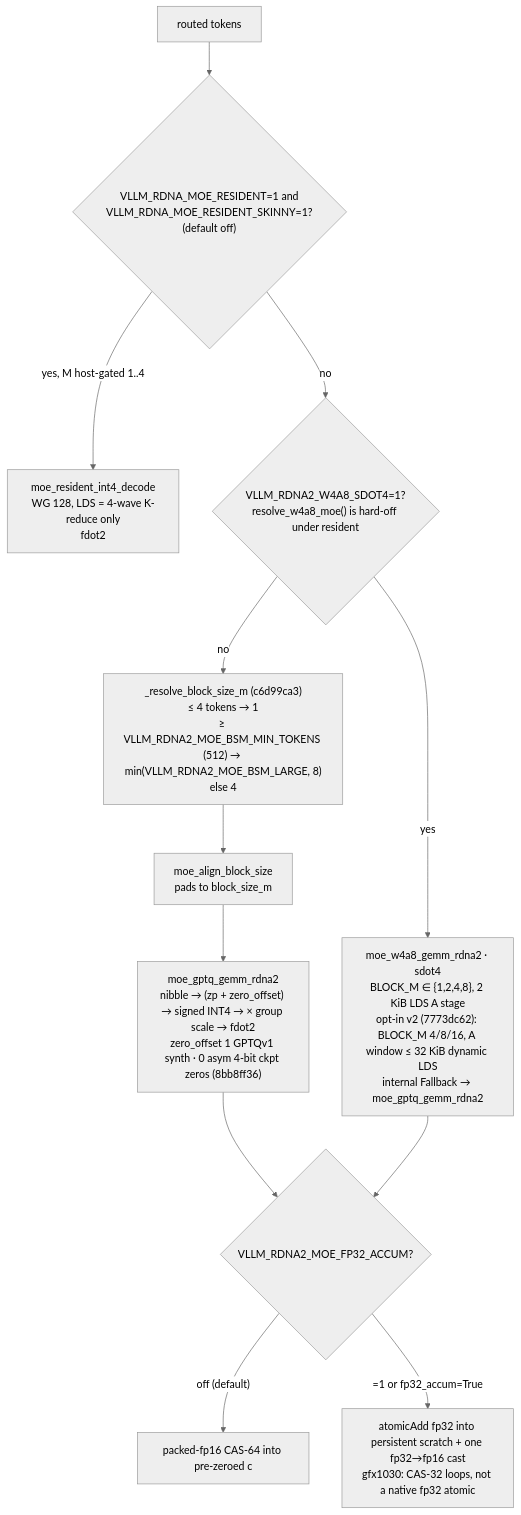
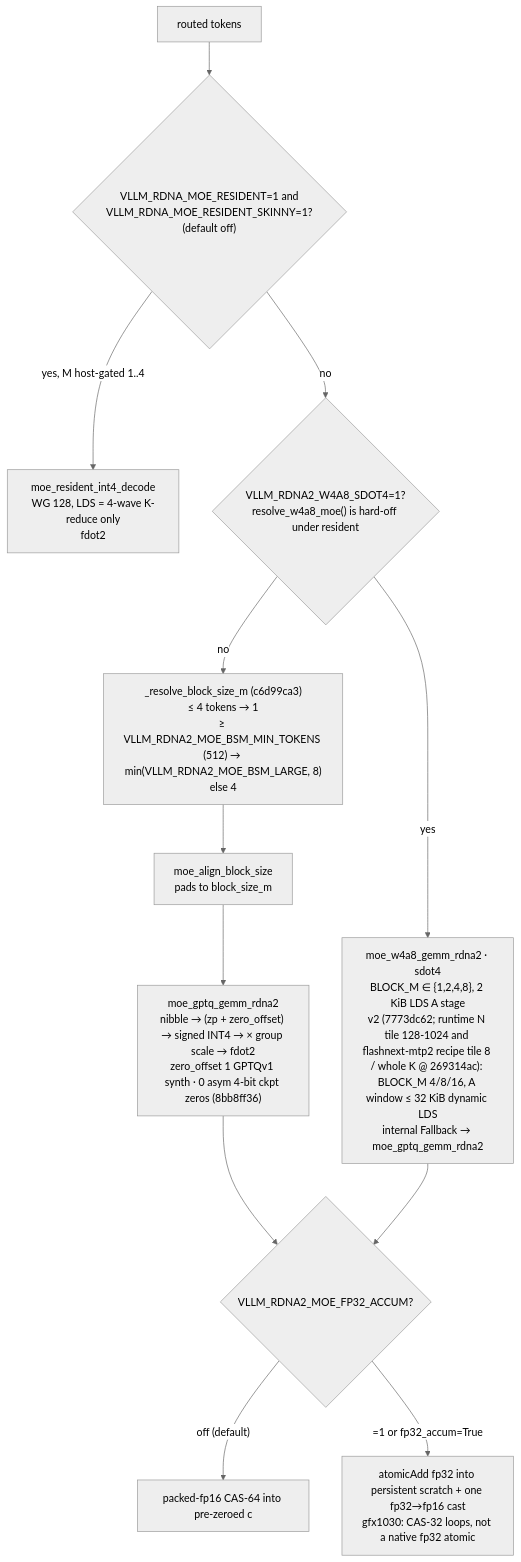
Before and after one commit to BlivionIaG/rdna-hip-wiki: the diagram in kernels/gemm-moe/README.md, drawn with Mermaid (neutral theme). The commit also changed other lines of this file and 1 other file, not shown here.

Commit message:
silicon: extras 269314ac — W4A8 MoE v2 runtime N tile, flashnext-mtp2 recipe tile 8 / whole K

````diff
--- a/kernels/gemm-moe/README.md
+++ b/kernels/gemm-moe/README.md
@@ -29,14 +30,14 @@
 ```mermaid
 flowchart TD
   R["routed tokens"] --> RES{"VLLM_RDNA_MOE_RESIDENT=1 and<br/>VLLM_RDNA_MOE_RESIDENT_SKINNY=1?<br/>(default off)"}
   RES -- "yes, M host-gated 1..4" --> SK["moe_resident_int4_decode<br/>WG 128, LDS = 4-wave K-reduce only<br/>fdot2"]
   RES -- "no" --> W8{"VLLM_RDNA2_W4A8_SDOT4=1?<br/>resolve_w4a8_moe() is hard-off under resident"}
-  W8 -- yes --> MW8["moe_w4a8_gemm_rdna2 · sdot4<br/>BLOCK_M ∈ {1,2,4,8}, 2 KiB LDS A stage<br/>opt-in v2 (7773dc62): BLOCK_M 4/8/16, A window ≤ 32 KiB dynamic LDS<br/>internal Fallback → moe_gptq_gemm_rdna2"]
+  W8 -- yes --> MW8["moe_w4a8_gemm_rdna2 · sdot4<br/>BLOCK_M ∈ {1,2,4,8}, 2 KiB LDS A stage<br/>v2 (7773dc62; runtime N tile 128-1024 and flashnext-mtp2 recipe tile 8 / whole K @ 269314ac): BLOCK_M 4/8/16, A window ≤ 32 KiB dynamic LDS<br/>internal Fallback → moe_gptq_gemm_rdna2"]
   W8 -- no --> BSM["_resolve_block_size_m (c6d99ca3)<br/>≤ 4 tokens → 1<br/>≥ VLLM_RDNA2_MOE_BSM_MIN_TOKENS (512) → min(VLLM_RDNA2_MOE_BSM_LARGE, 8)<br/>else 4"]
   BSM --> AL["moe_align_block_size<br/>pads to block_size_m"]
   AL --> MQ["moe_gptq_gemm_rdna2<br/>nibble → (zp + zero_offset) → signed INT4 → × group scale → fdot2<br/>zero_offset 1 GPTQv1 synth · 0 asym 4-bit ckpt zeros (8bb8ff36)"]
   MQ --> ACC{"VLLM_RDNA2_MOE_FP32_ACCUM?"}
   MW8 --> ACC
   ACC -- "off (default)" --> CAS["packed-fp16 CAS-64 into pre-zeroed c"]
   ACC -- "=1 or fp32_accum=True" --> F32["atomicAdd fp32 into persistent scratch + one fp32→fp16 cast<br/>gfx1030: CAS-32 loops, not a native fp32 atomic"]
 ```
````
